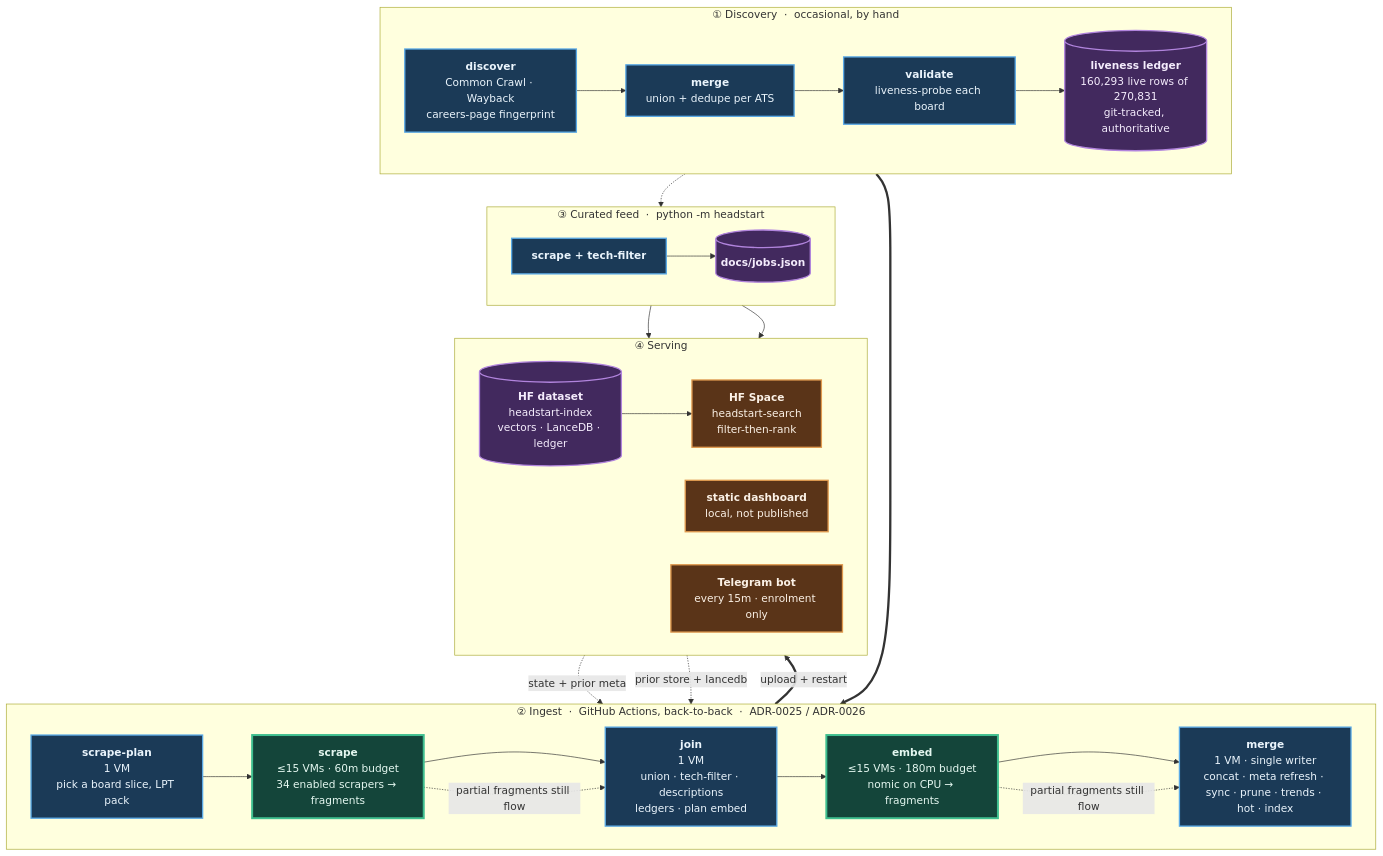
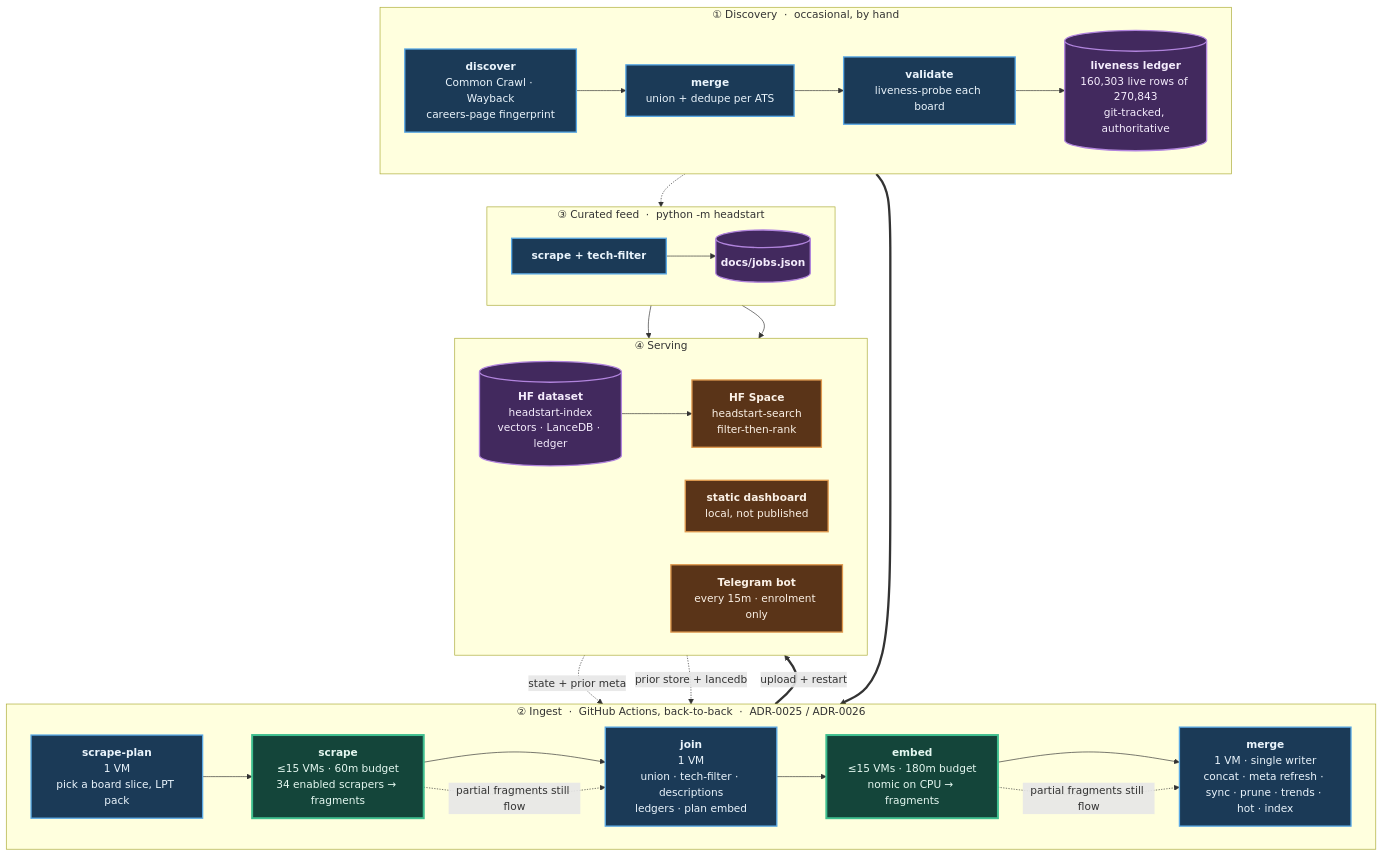
Before and after one commit to sarthakjain004/headstart: the diagram in README.md, drawn with Mermaid. The commit also changed other lines of this file and 5 other files, not shown here.

````diff
--- a/README.md
+++ b/README.md
@@ -171,56 +171,56 @@
 ```mermaid
 flowchart TB
     subgraph D["① Discovery &nbsp;·&nbsp; occasional, by hand"]
         direction LR
         D1["<b>discover</b><br/>Common Crawl · Wayback<br/>careers-page fingerprint"]
         D2["<b>merge</b><br/>union + dedupe per ATS"]
         D3["<b>validate</b><br/>liveness-probe each board"]
-        D4[("<b>liveness ledger</b><br/>160,293 live rows of 270,831<br/>git-tracked, authoritative")]
+        D4[("<b>liveness ledger</b><br/>160,303 live rows of 270,843<br/>git-tracked, authoritative")]
         D1 --> D2 --> D3 --> D4
     end
 
     subgraph P["② Ingest &nbsp;·&nbsp; GitHub Actions, back-to-back &nbsp;·&nbsp; ADR-0025 / ADR-0026"]
         direction LR
         P1["<b>scrape-plan</b><br/>1 VM<br/>pick a board slice, LPT pack"]
         P2["<b>scrape</b><br/>≤15 VMs · 60m budget<br/>34 enabled scrapers → fragments"]
         P3["<b>join</b><br/>1 VM<br/>union · tech-filter · descriptions<br/>ledgers · plan embed"]
         P4["<b>embed</b><br/>≤15 VMs · 180m budget<br/>nomic on CPU → fragments"]
         P5["<b>merge</b><br/>1 VM · single writer<br/>concat · meta refresh · sync · prune · trends · hot · index"]
         P1 --> P2 --> P3 --> P4 --> P5
     end
 
     subgraph F["③ Curated feed &nbsp;·&nbsp; python -m headstart"]
         direction LR
         F1["<b>scrape + tech-filter</b>"]
         F2[("<b>docs/jobs.json</b>")]
         F1 --> F2
     end
 
     subgraph S["④ Serving"]
         direction LR
         S1[("<b>HF dataset</b><br/>headstart-index<br/>vectors · LanceDB · ledger")]
         S2["<b>HF Space</b><br/>headstart-search<br/>filter-then-rank"]
         S3["<b>static dashboard</b><br/>local, not published"]
         S4["<b>Telegram bot</b><br/>every 15m · enrolment only"]
         S1 --> S2
     end
 
     D4 ==> P1
     S1 -. "state + prior meta" .-> P1
     S1 -. "prior store + lancedb" .-> P5
     D4 -.-> F1
     P5 ==>|"upload + restart"| S1
     F2 --> S3
     F2 --> S4
     P2 -. "partial fragments still flow" .-> P3
     P4 -. "partial fragments still flow" .-> P5
 
     classDef serial fill:#1b3a57,stroke:#5aa9e6,stroke-width:2px,color:#eaf4fc
     classDef fan fill:#14453a,stroke:#3fbf8f,stroke-width:3px,color:#e4f7f0
     classDef store fill:#42295e,stroke:#b184dd,stroke-width:2px,color:#f4ecfc
     classDef serve fill:#5a3418,stroke:#e09a4f,stroke-width:2px,color:#fbf1e6
     class D1,D2,D3,P1,P3,P5,F1 serial
     class P2,P4 fan
     class D4,F2,S1 store
     class S2,S3,S4 serve
 ```
````
